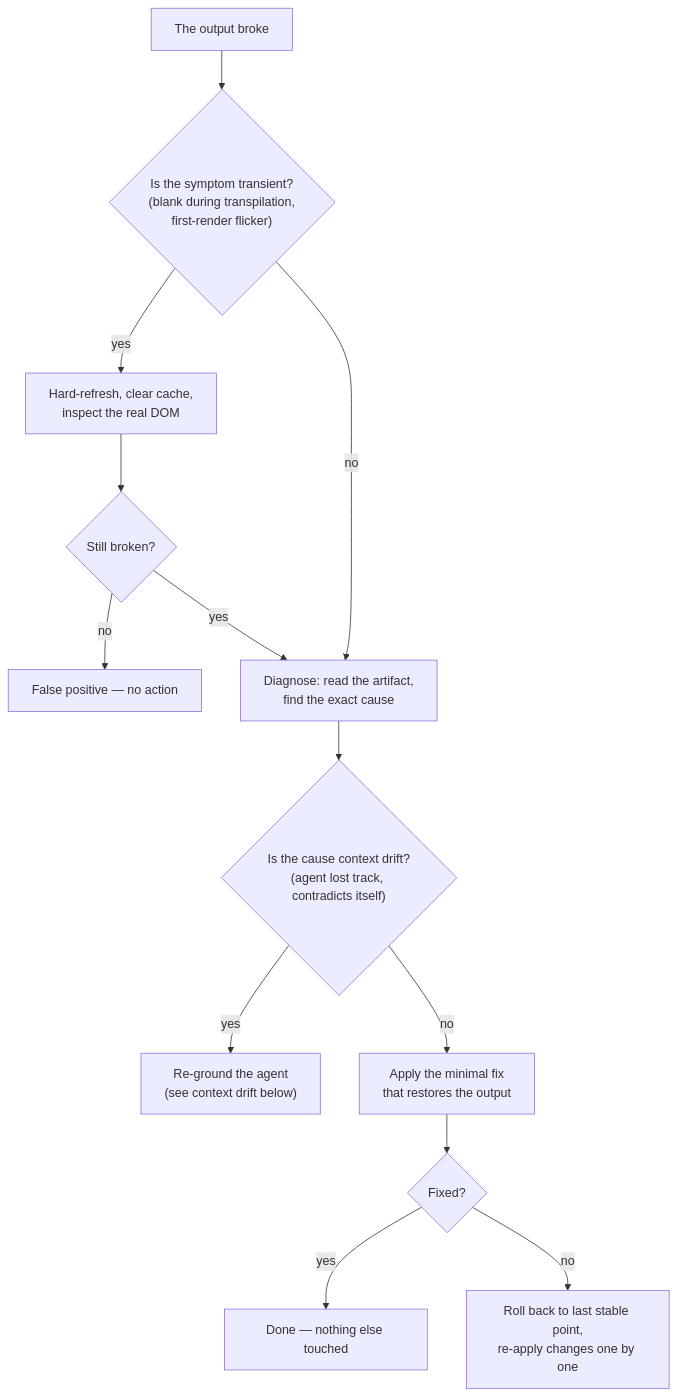
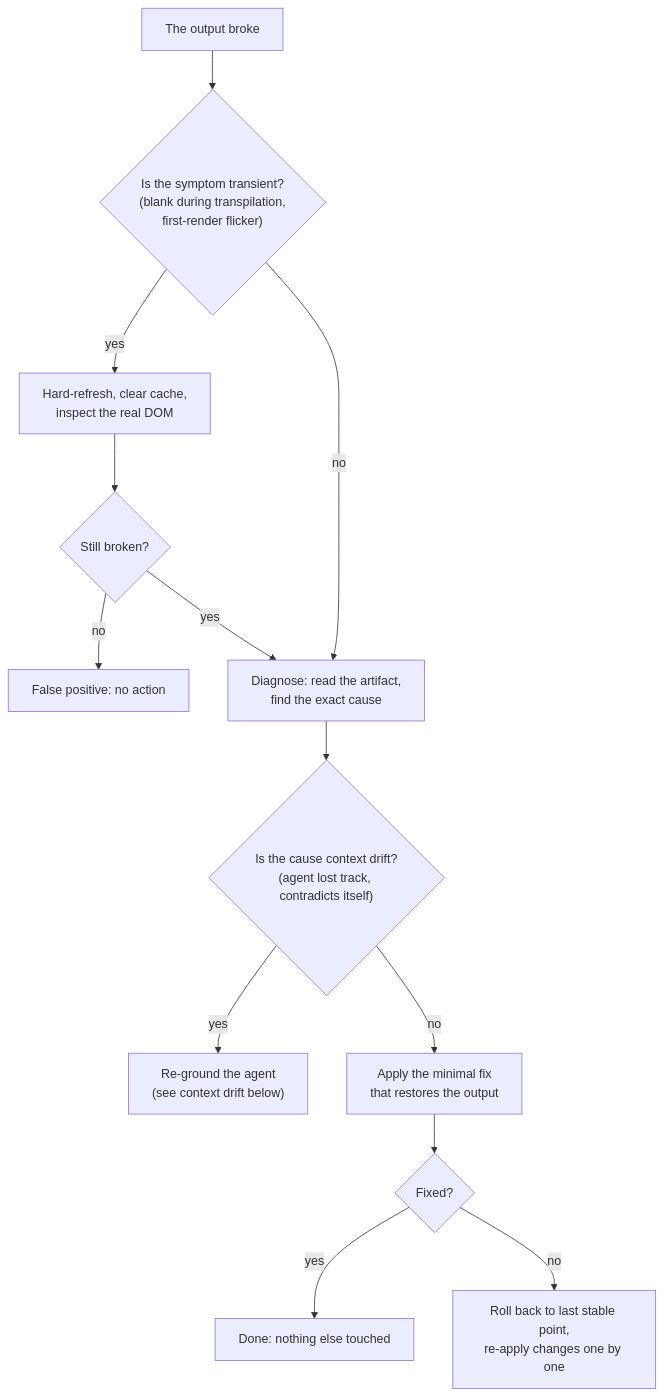
One commit to gabrielchinarro-pro/mainstay changed the first of 2 diagrams in docs/en/core/11-failure-protocols.md. Above: the diagram before and after it, drawn with Mermaid. The commit also changed other lines of this file and 86 other files, not shown here.

````diff
--- a/docs/en/core/11-failure-protocols.md
+++ b/docs/en/core/11-failure-protocols.md
@@ -31,16 +31,16 @@
 ```mermaid
 flowchart TD
     BROKE["The output broke"]
     BROKE --> T{"Is the symptom transient?\n(blank during transpilation,\nfirst-render flicker)"}
     T -->|yes| TRANS["Hard-refresh, clear cache,\ninspect the real DOM"]
     TRANS --> STILL{"Still broken?"}
-    STILL -->|no| DONE["False positive — no action"]
+    STILL -->|no| DONE["False positive: no action"]
     STILL -->|yes| DIAG
     T -->|no| DIAG["Diagnose: read the artifact,\nfind the exact cause"]
     DIAG --> CTX{"Is the cause context drift?\n(agent lost track, contradicts itself)"}
     CTX -->|yes| RESET["Re-ground the agent\n(see context drift below)"]
     CTX -->|no| MIN["Apply the minimal fix\nthat restores the output"]
     MIN --> OK{"Fixed?"}
-    OK -->|yes| DONE2["Done — nothing else touched"]
+    OK -->|yes| DONE2["Done: nothing else touched"]
     OK -->|no| ROLLBACK["Roll back to last stable point,\nre-apply changes one by one"]
 ```
````
